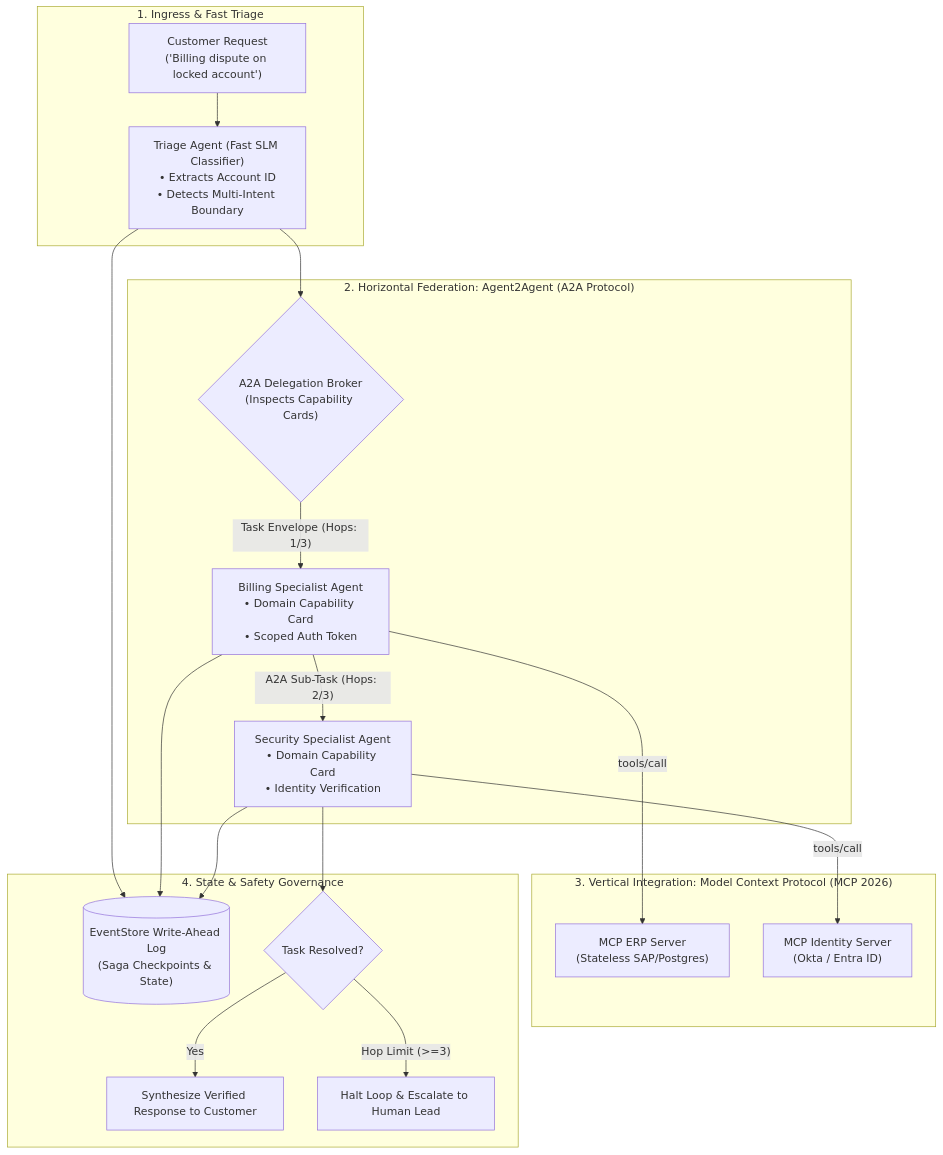
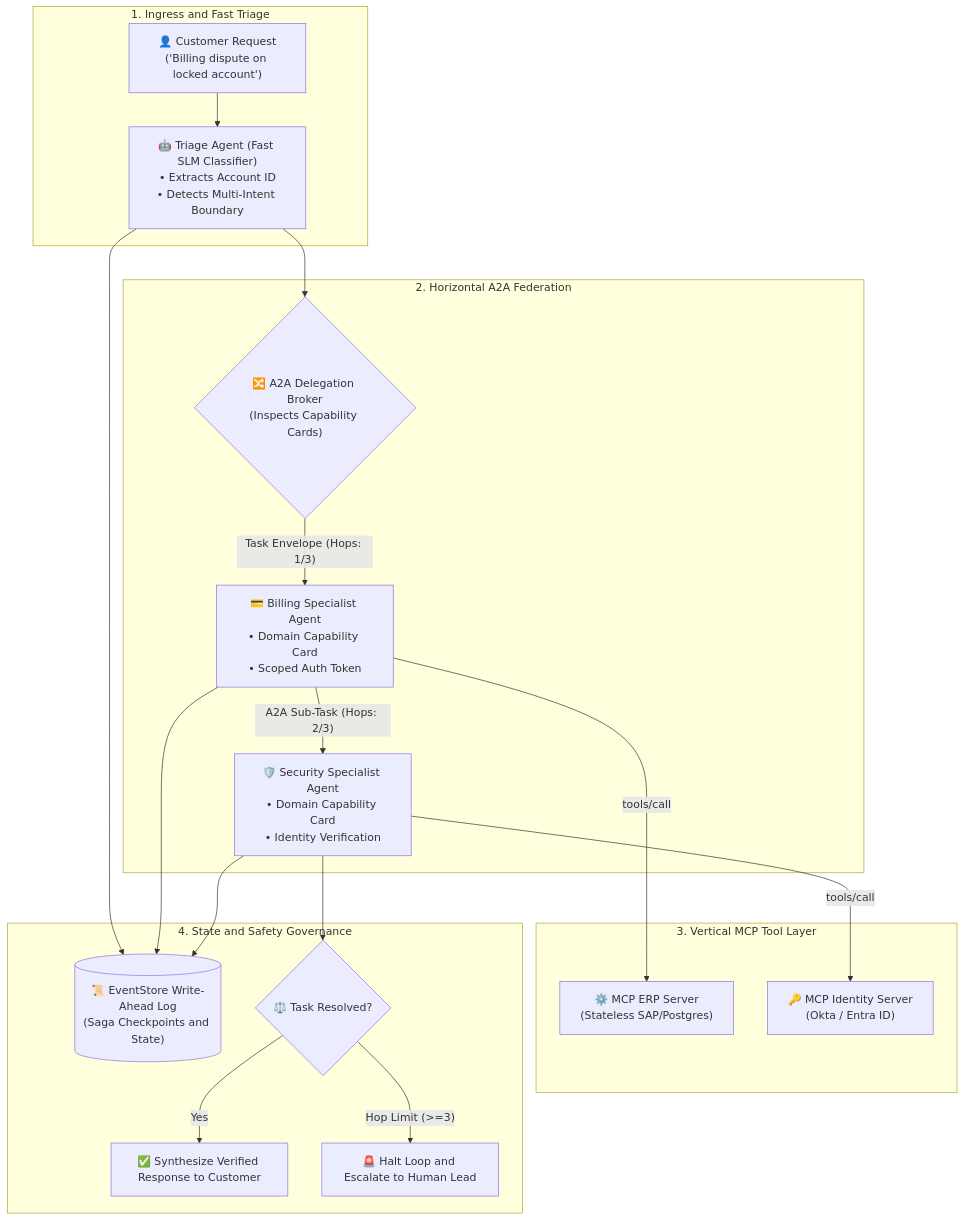
One commit to dip4k/senior-engineer-to-ai-engineer-roadmap changed the first of 2 diagrams in use-cases/use-case-06-agent-swarms-a2a.md. Above: the diagram before and after it, drawn with Mermaid. The commit also changed 94 other files, not shown here.

Commit message:
refactor(curriculum): complete Phase 04 upgrade and enforce diagram renderer invariants

````diff
--- a/use-cases/use-case-06-agent-swarms-a2a.md
+++ b/use-cases/use-case-06-agent-swarms-a2a.md
@@ -24,29 +24,29 @@
 ```mermaid
 flowchart TD
-    subgraph IngressLayer["1. Ingress & Fast Triage"]
-        Customer["Customer Request<br>('Billing dispute on locked account')"] --> Triage["Triage Agent (Fast SLM Classifier)<br>• Extracts Account ID<br>• Detects Multi-Intent Boundary"]
+    subgraph IngressLayer["1. Ingress and Fast Triage"]
+        Customer["👤 Customer Request<br>('Billing dispute on locked account')"] --> Triage["🤖 Triage Agent (Fast SLM Classifier)<br>• Extracts Account ID<br>• Detects Multi-Intent Boundary"]
     end
 
-    subgraph A2A_Mesh["2. Horizontal Federation: Agent2Agent (A2A Protocol)"]
-        Triage --> Router{"A2A Delegation Broker<br>(Inspects Capability Cards)"}
+    subgraph A2A_Mesh["2. Horizontal A2A Federation"]
+        Triage --> Router{"🔀 A2A Delegation Broker<br>(Inspects Capability Cards)"}
         
-        Router -->|"Task Envelope (Hops: 1/3)"| Billing["Billing Specialist Agent<br>• Domain Capability Card<br>• Scoped Auth Token"]
+        Router -->|"Task Envelope (Hops: 1/3)"| Billing["💳 Billing Specialist Agent<br>• Domain Capability Card<br>• Scoped Auth Token"]
         
-        Billing -->|"A2A Sub-Task (Hops: 2/3)"| SecAgent["Security Specialist Agent<br>• Domain Capability Card<br>• Identity Verification"]
+        Billing -->|"A2A Sub-Task (Hops: 2/3)"| SecAgent["🛡️ Security Specialist Agent<br>• Domain Capability Card<br>• Identity Verification"]
     end
 
-    subgraph MCP_Layer["3. Vertical Integration: Model Context Protocol (MCP 2026)"]
-        Billing -->|"tools/call"| MCP_ERP["MCP ERP Server<br>(Stateless SAP/Postgres)"]
-        SecAgent -->|"tools/call"| MCP_Okta["MCP Identity Server<br>(Okta / Entra ID)"]
+    subgraph MCP_Layer["3. Vertical MCP Tool Layer"]
+        Billing -->|"tools/call"| MCP_ERP["⚙️ MCP ERP Server<br>(Stateless SAP/Postgres)"]
+        SecAgent -->|"tools/call"| MCP_Okta["🔑 MCP Identity Server<br>(Okta / Entra ID)"]
     end
 
-    subgraph Governance["4. State & Safety Governance"]
-        Triage --> WAL[("EventStore Write-Ahead Log<br>(Saga Checkpoints & State)")]
+    subgraph Governance["4. State and Safety Governance"]
+        Triage --> WAL[("📜 EventStore Write-Ahead Log<br>(Saga Checkpoints and State)")]
         Billing --> WAL
         SecAgent --> WAL
         
-        SecAgent --> Complete{"Task Resolved?"}
-        Complete -- "Yes" --> Response["Synthesize Verified Response to Customer"]
-        Complete -- "Hop Limit (>=3)" --> HITL["Halt Loop & Escalate to Human Lead"]
+        SecAgent --> Complete{"⚖️ Task Resolved?"}
+        Complete -- "Yes" --> Response["✅ Synthesize Verified Response to Customer"]
+        Complete -- "Hop Limit (>=3)" --> HITL["🚨 Halt Loop and Escalate to Human Lead"]
     end
 ```
````
